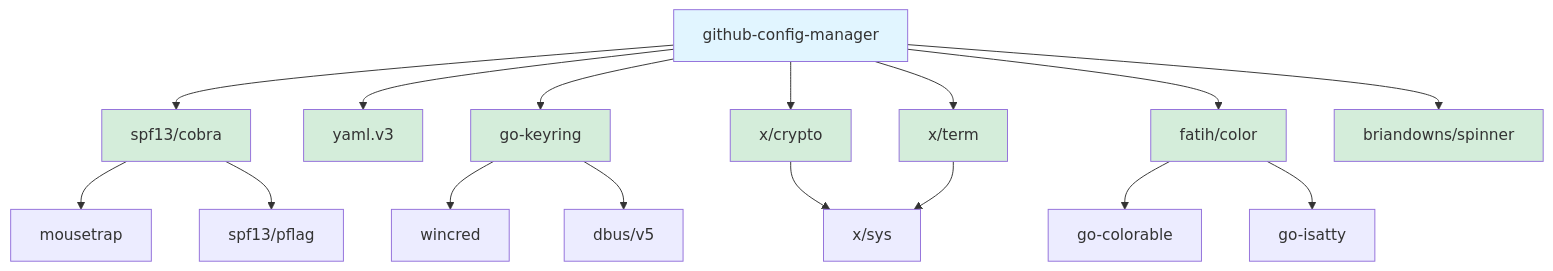
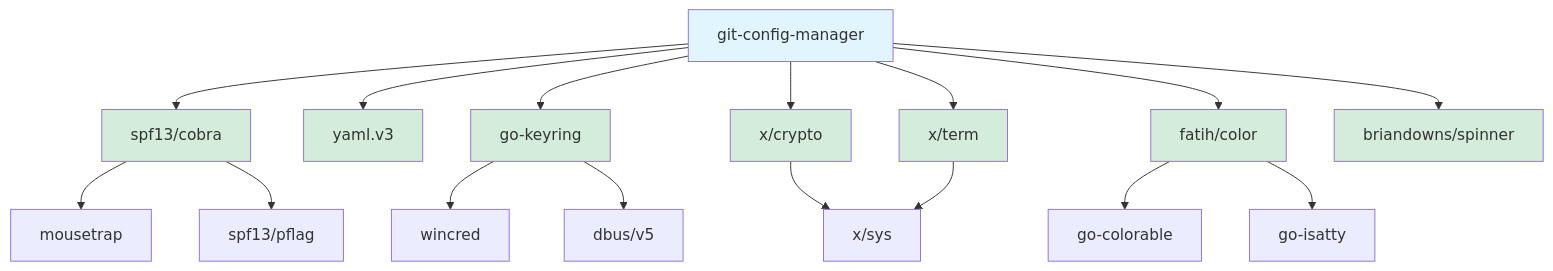
The diagram in docs/dependencies.md (sijunda/github-config-manager), drawn with Mermaid before and after one commit. The commit also changed 68 other files, not shown here.

Commit message:
Rename GitHub Config Manager to Git Config Manager across documentation and codebase

````diff
--- a/docs/dependencies.md
+++ b/docs/dependencies.md
@@ -124,28 +124,28 @@
 ```mermaid
 graph TD
-    GCM[github-config-manager] --> cobra[spf13/cobra]
+    GCM[git-config-manager] --> cobra[spf13/cobra]
     GCM --> yaml[yaml.v3]
     GCM --> keyring[go-keyring]
     GCM --> xcrypto[x/crypto]
     GCM --> xterm[x/term]
     GCM --> color[fatih/color]
     GCM --> spinner[briandowns/spinner]
     
     cobra --> mousetrap[mousetrap]
     cobra --> pflag[spf13/pflag]
     keyring --> wincred[wincred]
     keyring --> dbus[dbus/v5]
     color --> colorable[go-colorable]
     color --> isatty[go-isatty]
     xcrypto --> xsys[x/sys]
     xterm --> xsys
     
     style GCM fill:#e1f5ff
     style cobra fill:#d4edda
     style yaml fill:#d4edda
     style keyring fill:#d4edda
     style xcrypto fill:#d4edda
     style xterm fill:#d4edda
     style color fill:#d4edda
     style spinner fill:#d4edda
 ```
````
